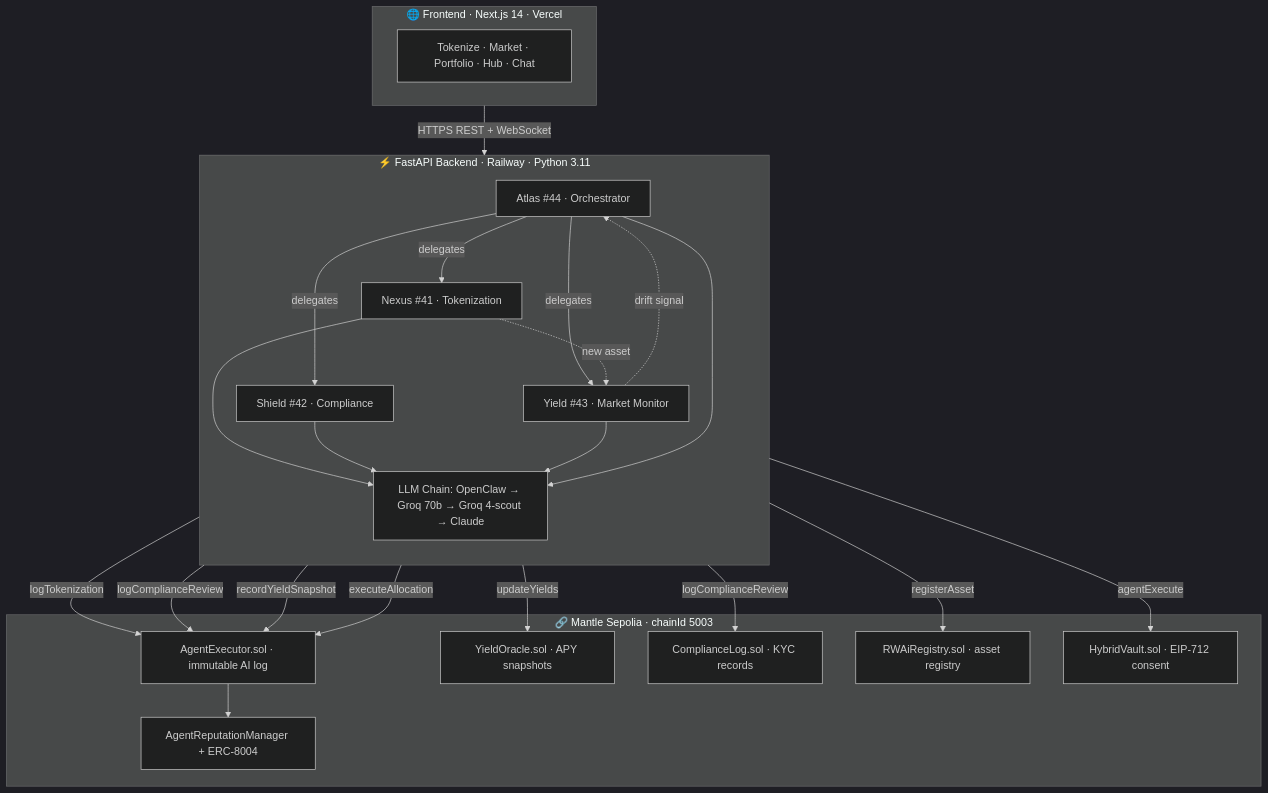
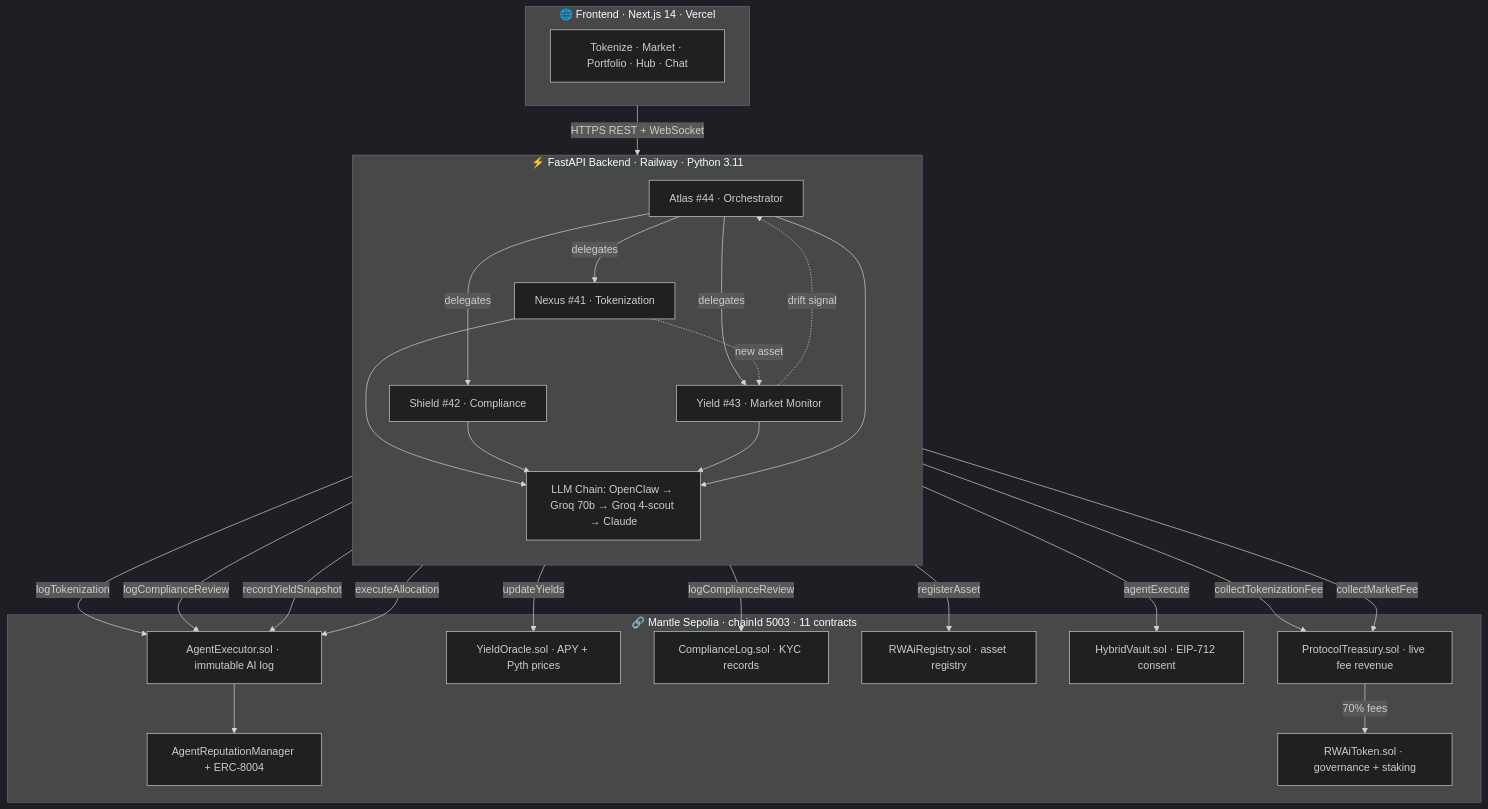
Before and after one commit to ntfound-dev/RWAI: the diagram in README.md, drawn with Mermaid (dark theme). The commit also changed other lines of this file, not shown here.

Commit message:
docs: fix README.md — HybridVault address, add ProtocolTreasury/RWAiToken to arch
- Fix HybridVault address in contract addresses table (old 0xC6c0 → active 0x8e9c)
- Add ProtocolTreasury.sol + RWAiToken.sol + RWAiVesting.sol to architecture block
- Update mermaid diagram: add PT + RT nodes to Mantle subgraph (11 contracts),
  add collectTokenizationFee/collectMarketFee/70% fees edges

````diff
--- a/README.md
+++ b/README.md
@@ -83,40 +83,45 @@
 ```mermaid
 graph TB
     subgraph FE["🌐 Frontend · Next.js 14 · Vercel"]
         UI["Tokenize · Market · Portfolio · Hub · Chat"]
     end
 
     subgraph BE["⚡ FastAPI Backend · Railway · Python 3.11"]
         direction TB
         AT["Atlas #44 · Orchestrator"]
         NX["Nexus #41 · Tokenization"]
         SH["Shield #42 · Compliance"]
         YL["Yield #43 · Market Monitor"]
         LLM["LLM Chain: OpenClaw → Groq 70b → Groq 4-scout → Claude"]
         AT -->|delegates| NX
         AT -->|delegates| SH
         AT -->|delegates| YL
         YL -.->|drift signal| AT
         NX -.->|new asset| YL
         NX & SH & YL & AT --> LLM
     end
 
-    subgraph CH["🔗 Mantle Sepolia · chainId 5003"]
+    subgraph CH["🔗 Mantle Sepolia · chainId 5003 · 11 contracts"]
         AE["AgentExecutor.sol · immutable AI log"]
-        YO["YieldOracle.sol · APY snapshots"]
+        YO["YieldOracle.sol · APY + Pyth prices"]
         CL["ComplianceLog.sol · KYC records"]
         RR["RWAiRegistry.sol · asset registry"]
         HV["HybridVault.sol · EIP-712 consent"]
         AR["AgentReputationManager + ERC-8004"]
+        PT["ProtocolTreasury.sol · live fee revenue"]
+        RT["RWAiToken.sol · governance + staking"]
     end
 
     FE -->|HTTPS REST + WebSocket| BE
     NX -->|logTokenization| AE
     NX -->|registerAsset| RR
+    NX -->|collectTokenizationFee| PT
     SH -->|logComplianceReview| AE & CL
     YL -->|updateYields| YO
     YL -->|recordYieldSnapshot| AE
     AT -->|executeAllocation| AE
     AT -->|agentExecute| HV
+    AT -->|collectMarketFee| PT
     AE --> AR
+    PT -->|70% fees| RT
 ```
````
